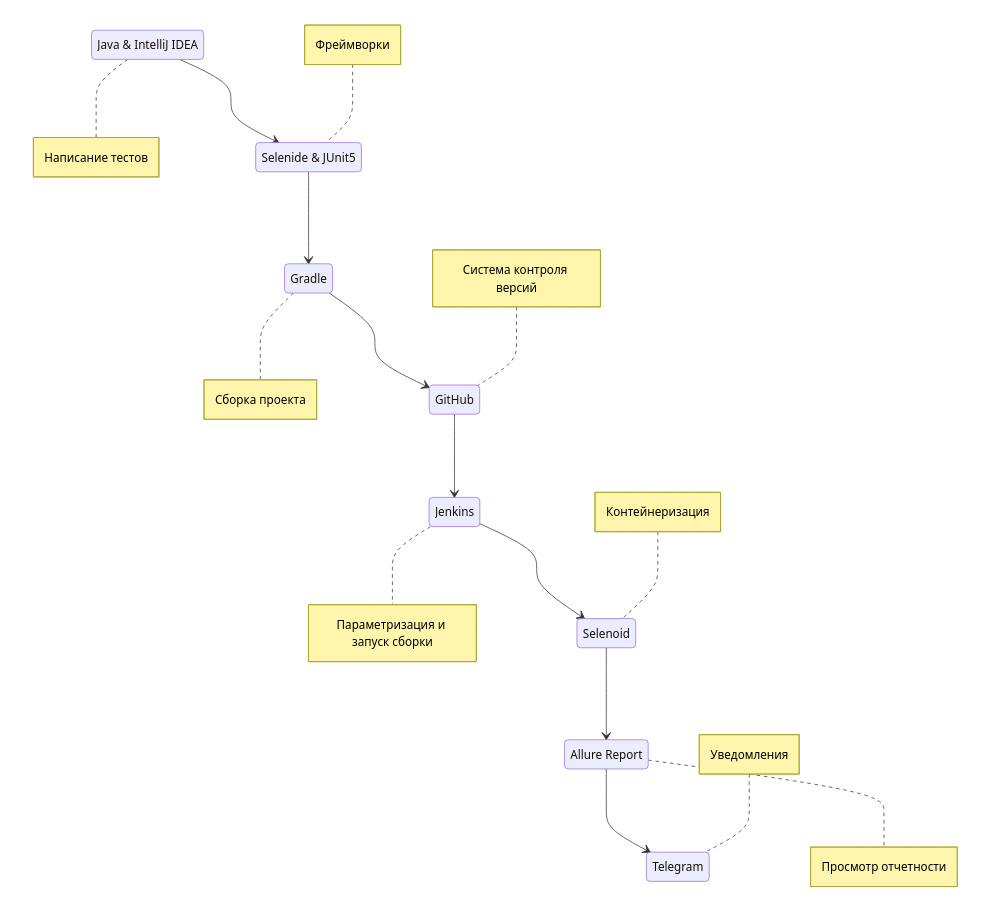
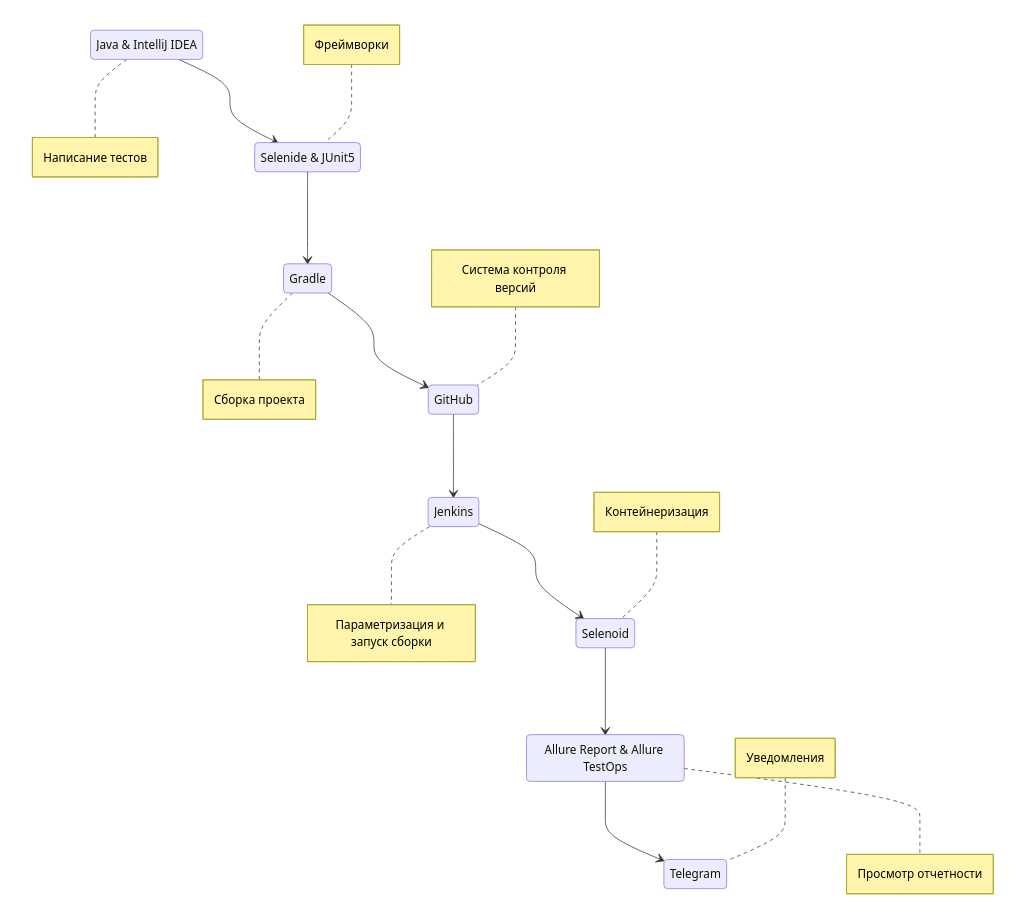
Before and after one commit to lkuff/MorizoProject: the diagram in README.md, drawn with Mermaid. The commit also changed other lines of this file and 3 other files, not shown here.

````diff
--- a/README.md
+++ b/README.md
@@ -51,26 +52,26 @@
 ```mermaid        
     stateDiagram-v2
         State1: Java & IntelliJ IDEA
         State2: Selenide & JUnit5
         State3: Gradle
         State4: GitHub
         State5: Jenkins
         State6: Selenoid
-        State7: Allure Report
+        State7: Allure Report & Allure TestOps
         State8: Telegram
         State1 --> State2
         State2 --> State3
         State3 --> State4
         State4 --> State5
         State5 --> State6
         State6 --> State7
         State7 --> State8
         note right of State1 : Написание тестов
         note left of State2 : Фреймворки
         note right of State3 : Сборка проекта
         note left of State4 : Система контроля версий 
         note right of State5 : Параметризация и запуск сборки
         note left of State6 : Контейнеризация
         note right of State7 : Просмотр отчетности
         note left of State8 : Уведомления
 ```
````
